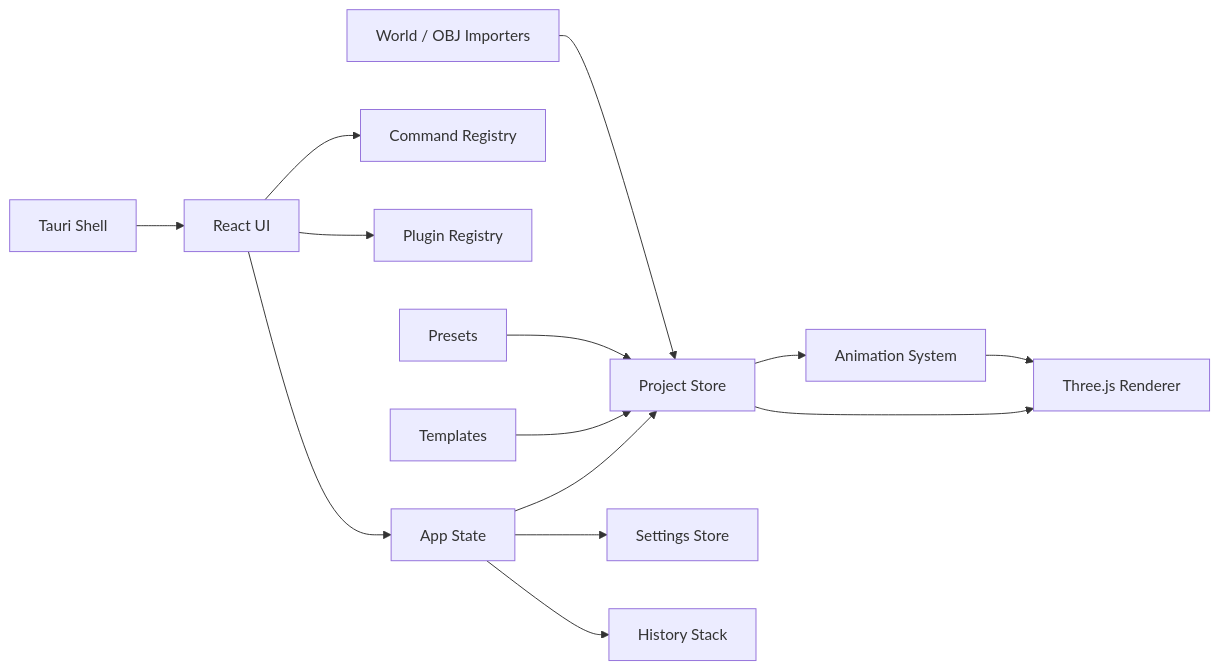
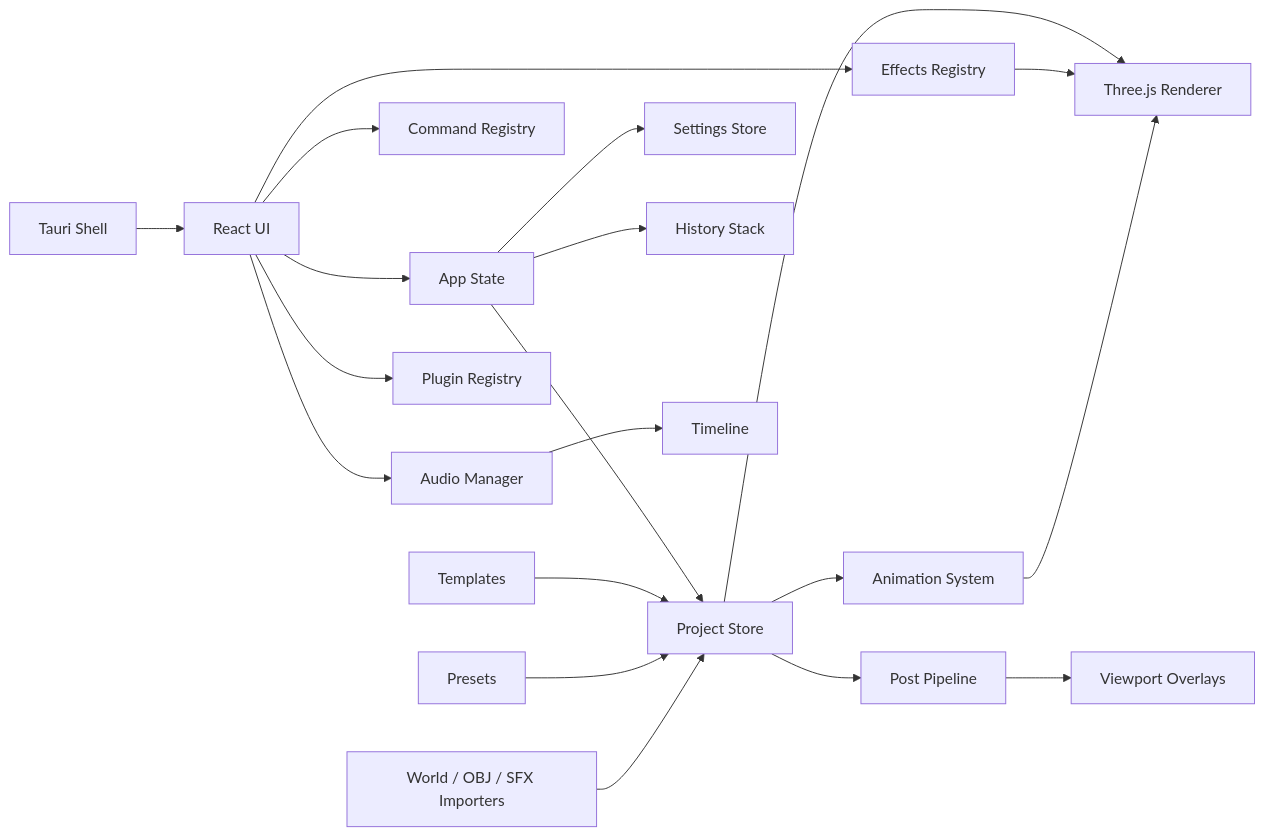
Before and after one commit to stotian/MineMotion-Studio: the diagram in docs/ARCHITECTURE.md, drawn with Mermaid. The commit also changed other lines of this file and 72 other files, not shown here.

First line of the commit message:
feat: add cinematic effects and post-processing pipeline

````diff
--- a/docs/ARCHITECTURE.md
+++ b/docs/ARCHITECTURE.md
@@ -9,16 +9,22 @@
 ```mermaid
 flowchart LR
   UI["React UI"] --> AppState["App State"]
   AppState --> Project["Project Store"]
   AppState --> Settings["Settings Store"]
   AppState --> History["History Stack"]
   UI --> Commands["Command Registry"]
+  UI --> Effects["Effects Registry"]
+  UI --> Audio["Audio Manager"]
   UI --> Plugins["Plugin Registry"]
+  Project --> Animation["Animation System"]
+  Project --> Post["Post Pipeline"]
   Project --> Renderer["Three.js Renderer"]
-  Project --> Animation["Animation System"]
+  Effects --> Renderer
+  Post --> Viewport["Viewport Overlays"]
+  Audio --> Timeline["Timeline"]
   Templates["Templates"] --> Project
   Presets["Presets"] --> Project
-  Importers["World / OBJ Importers"] --> Project
+  Importers["World / OBJ / SFX Importers"] --> Project
   Animation --> Renderer
   Tauri["Tauri Shell"] --> UI
 ```
````
